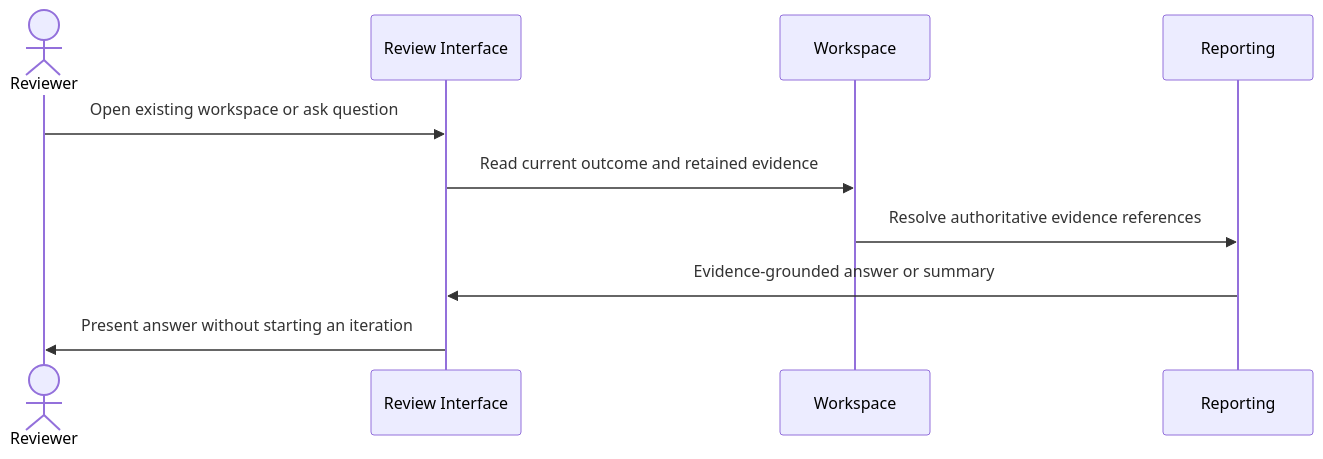
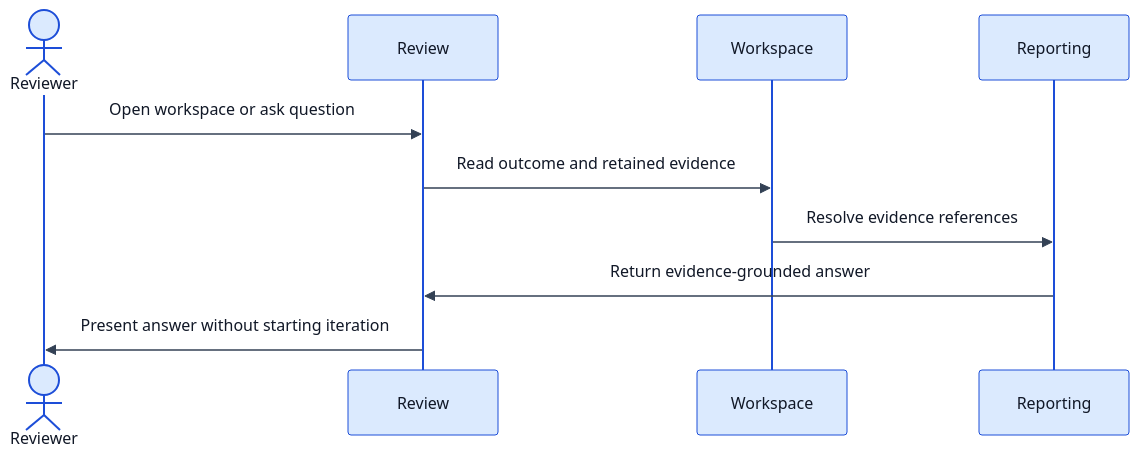
The sixth of 7 diagrams in docs/04-system-architecture.md (AILearner365/oss-remediation-adk), drawn with Mermaid before and after one commit. The commit also changed other lines of this file, not shown here.

Commit message:
docs: refine architecture constraints and diagram readability

````diff
--- a/docs/04-system-architecture.md
+++ b/docs/04-system-architecture.md
@@ -292,13 +313,14 @@
 ```mermaid
+%%{init: {"theme":"base","themeVariables":{"background":"#ffffff","primaryColor":"#dbeafe","primaryTextColor":"#111827","primaryBorderColor":"#1d4ed8","lineColor":"#334155","textColor":"#111827","actorBkg":"#dbeafe","actorBorder":"#1d4ed8","actorTextColor":"#111827","signalColor":"#334155","signalTextColor":"#111827","labelBoxBkgColor":"#ffffff","labelTextColor":"#111827"}}}%%
 sequenceDiagram
     actor Reviewer
-    participant Review as Review Interface
+    participant Review
     participant Workspace
     participant Reporting
 
-    Reviewer->>Review: Open existing workspace or ask question
-    Review->>Workspace: Read current outcome and retained evidence
-    Workspace->>Reporting: Resolve authoritative evidence references
-    Reporting->>Review: Evidence-grounded answer or summary
-    Review->>Reviewer: Present answer without starting an iteration
+    Reviewer->>Review: Open workspace or ask question
+    Review->>Workspace: Read outcome and retained evidence
+    Workspace->>Reporting: Resolve evidence references
+    Reporting->>Review: Return evidence-grounded answer
+    Review->>Reviewer: Present answer without starting iteration
 ```
````
